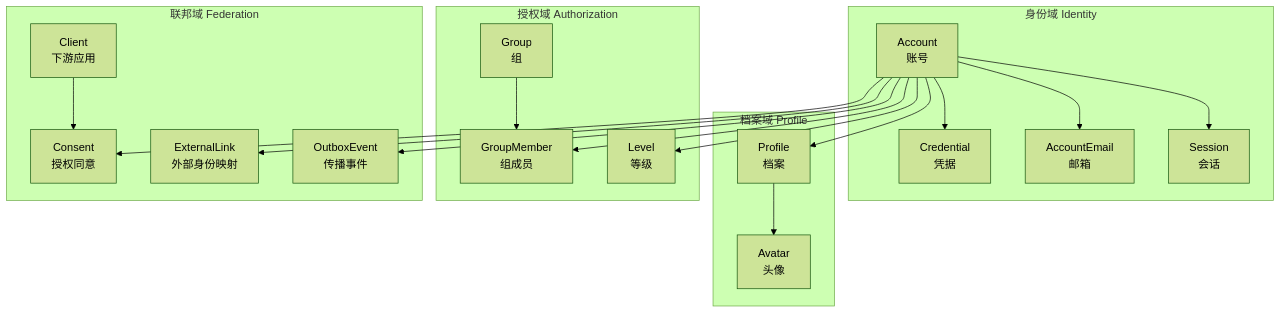
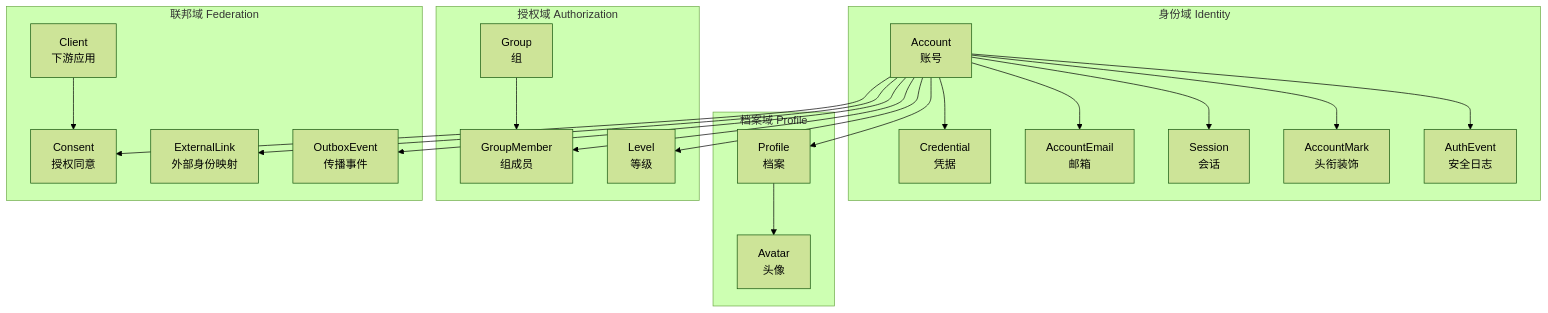
The second of 5 diagrams in docs/身份服务模型设计.md (deepdemos/ds-demos-showcase), drawn with Mermaid (forest theme) before and after one commit. The commit also changed other lines of this file and 8 other files, not shown here.

````diff
--- a/docs/身份服务模型设计.md
+++ b/docs/身份服务模型设计.md
@@ -136,36 +157,40 @@
 ```mermaid
 flowchart TB
     subgraph ID["身份域 Identity"]
         AC["Account<br/>账号"]
         CR["Credential<br/>凭据"]
         EM["AccountEmail<br/>邮箱"]
         SE["Session<br/>会话"]
+        MK["AccountMark<br/>头衔装饰"]
+        AE["AuthEvent<br/>安全日志"]
     end
     subgraph PF["档案域 Profile"]
         PR["Profile<br/>档案"]
         AV["Avatar<br/>头像"]
     end
     subgraph AZ["授权域 Authorization"]
         GR["Group<br/>组"]
         GM["GroupMember<br/>组成员"]
         CL["Level<br/>等级"]
     end
     subgraph FD["联邦域 Federation"]
         CT["Client<br/>下游应用"]
         CS["Consent<br/>授权同意"]
         EL["ExternalLink<br/>外部身份映射"]
         OB["OutboxEvent<br/>传播事件"]
     end
     AC --> CR
     AC --> EM
     AC --> SE
+    AC --> MK
+    AC --> AE
     AC --> PR
     PR --> AV
     AC --> GM
     GR --> GM
     AC --> CL
     CT --> CS
     AC --> CS
     AC --> EL
     AC --> OB
 ```
````
